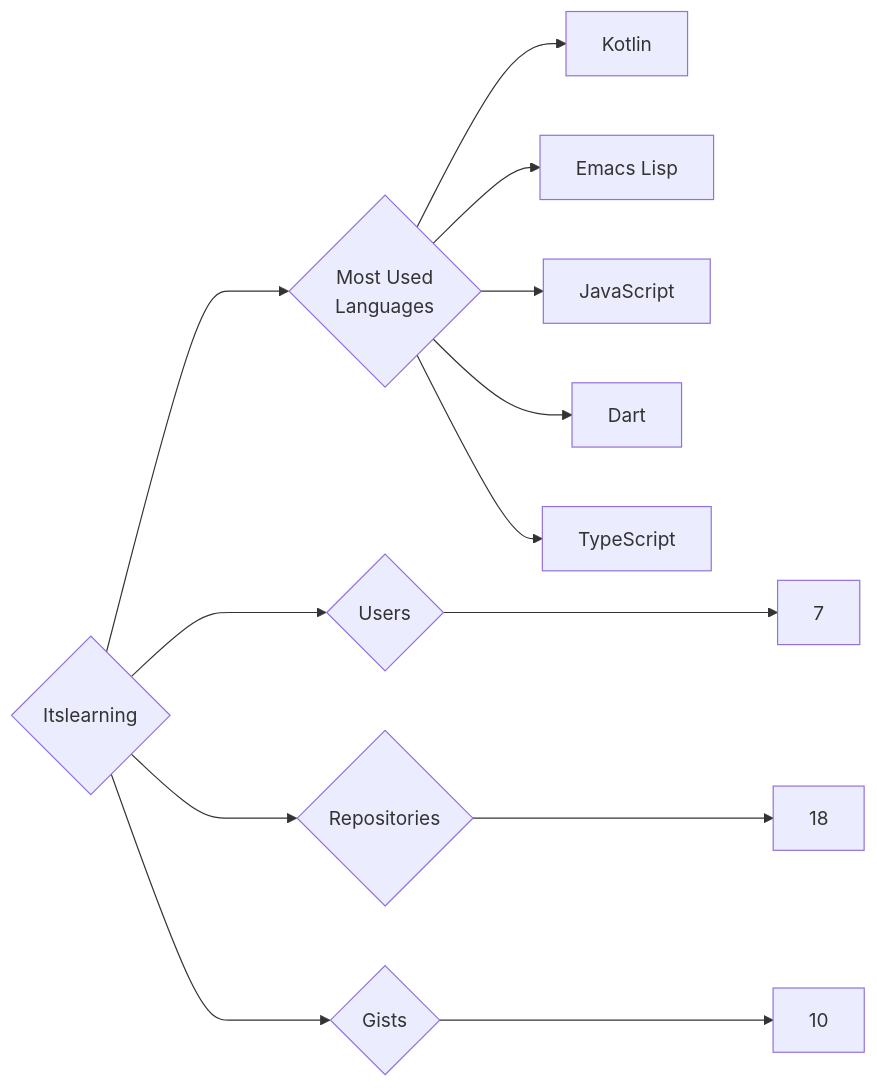
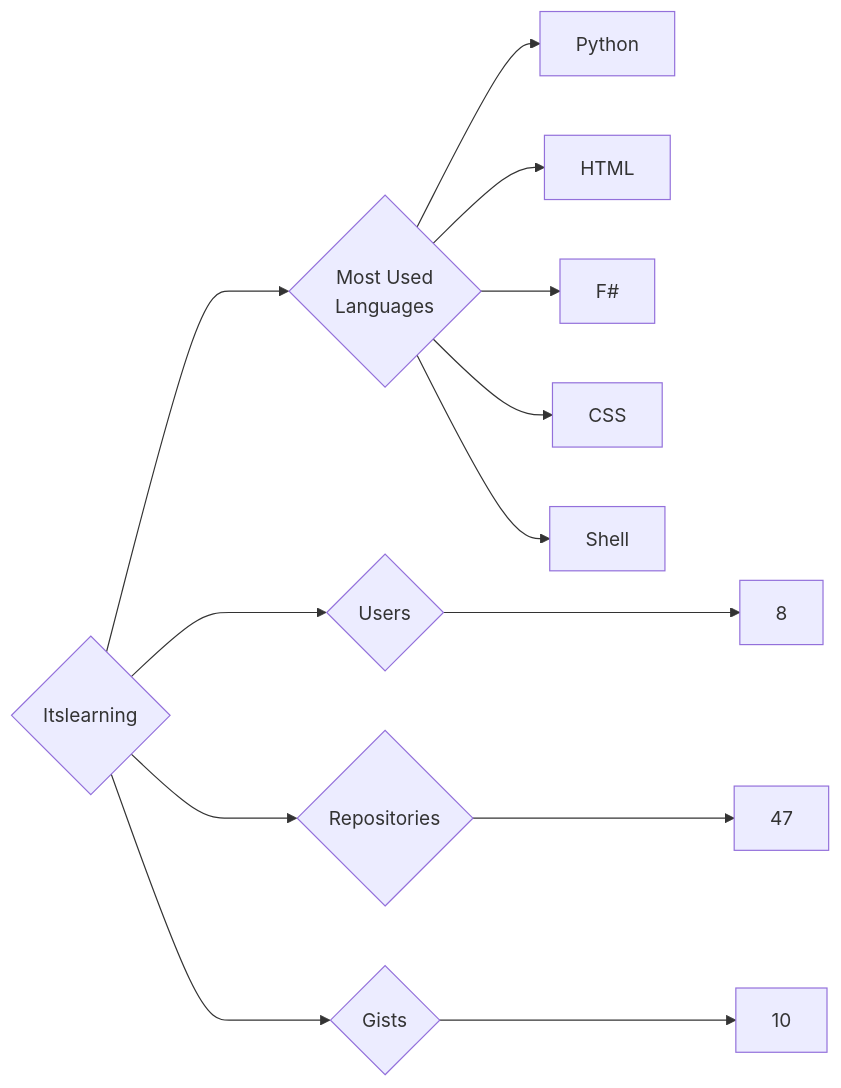
One commit to trickest/insiders changed the diagram in targets/Itslearning/README.md. Above: the diagram before and after it, drawn with Mermaid. The commit also changed 682 other files, not shown here.

````diff
--- a/targets/Itslearning/README.md
+++ b/targets/Itslearning/README.md
@@ -3,13 +3,13 @@
 ```mermaid
 graph LR
 COMPANY_NAME{Itslearning}
-COMPANY_NAME ---> U{Users} ---> UN[7]
-COMPANY_NAME ---> R{Repositories} ---> RN[18]
+COMPANY_NAME ---> U{Users} ---> UN[8]
+COMPANY_NAME ---> R{Repositories} ---> RN[47]
 COMPANY_NAME ---> G{Gists} ---> GN[10]
 COMPANY_NAME ---> ML{Most Used<br>Languages}
-ML --> Kotlin[Kotlin]
-ML --> Emacs_Lisp[Emacs Lisp]
-ML --> JavaScript[JavaScript]
-ML --> Dart[Dart]
-ML --> TypeScript[TypeScript]
+ML --> Python[Python]
+ML --> HTML[HTML]
+ML --> F#[F#]
+ML --> CSS[CSS]
+ML --> Shell[Shell]
 ```
````
